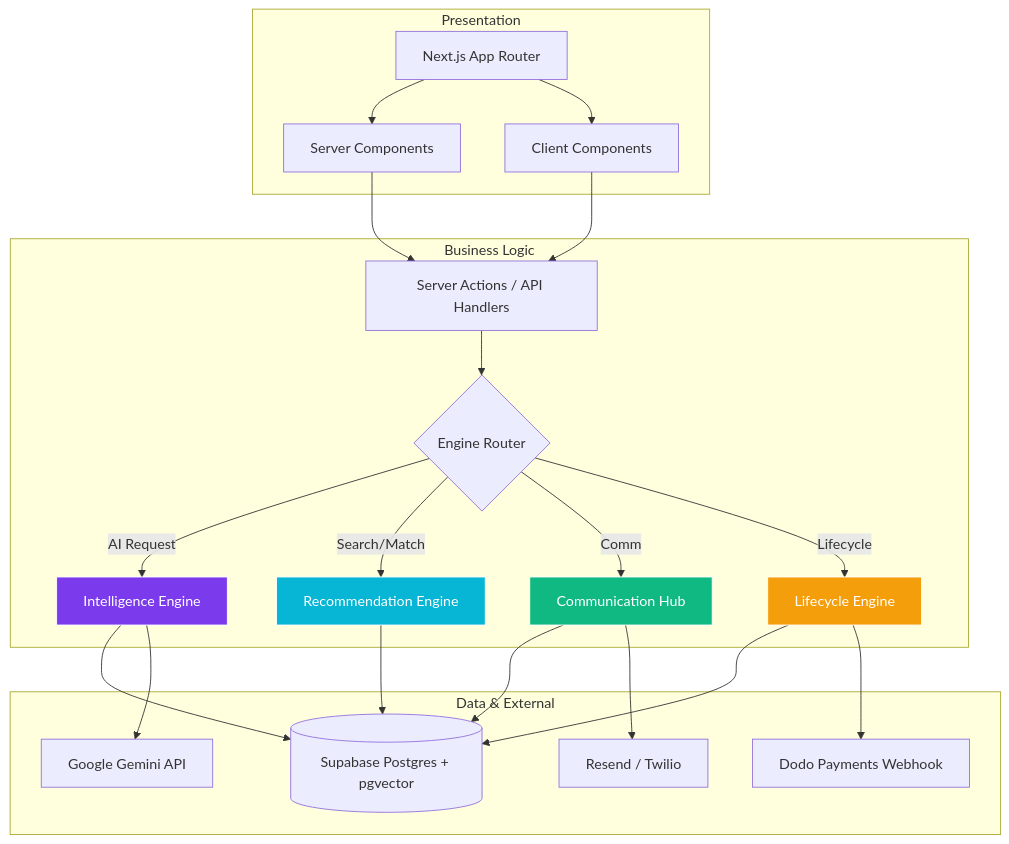
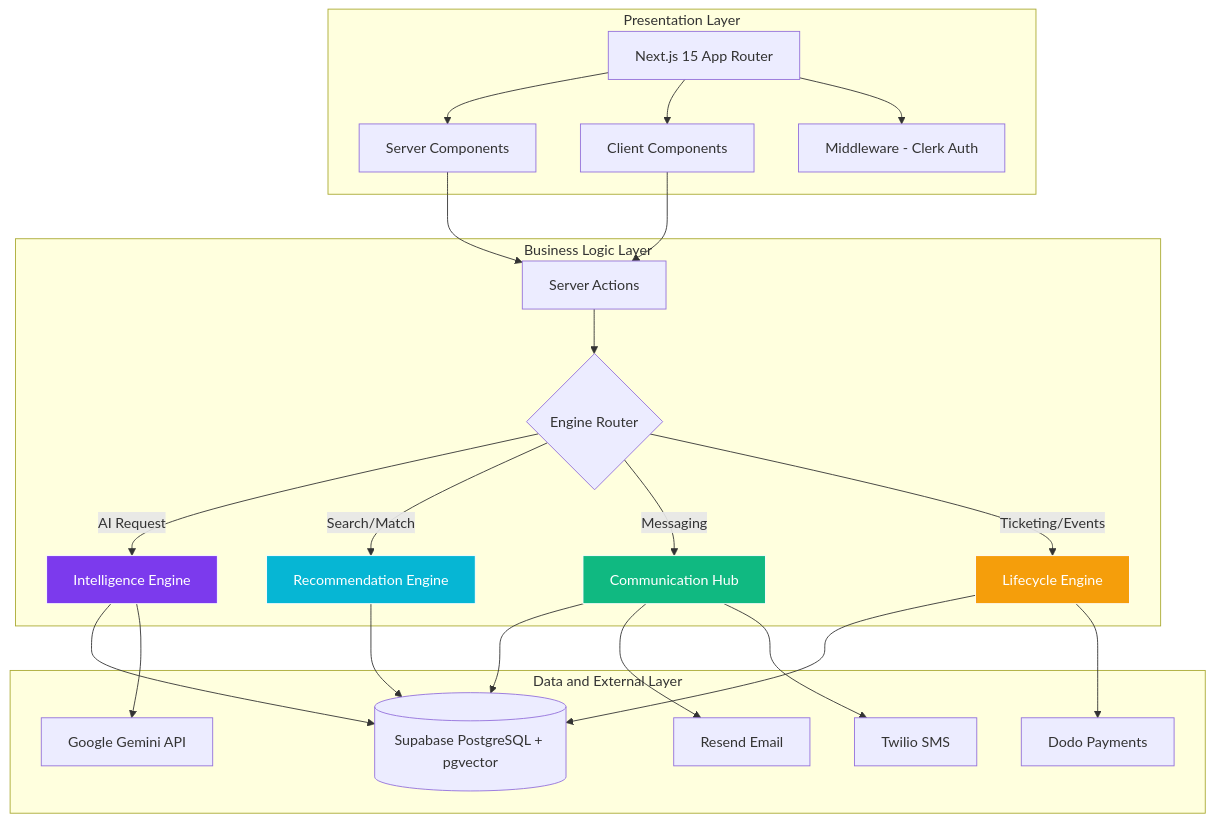
Before and after one commit to ArrinPaul/Eventra: the first of 8 diagrams in README.md, drawn with Mermaid. The commit also changed other lines of this file and 3 other files, not shown here.

Commit message:
feat: enhance health check API to include database status and latency metrics fix: update session secret retrieval logic to prioritize SESSION_SECRET in production fix: improve entry code generation to use cryptographically secure random integers

````diff
--- a/README.md
+++ b/README.md
@@ -22,28 +44,34 @@
 ```mermaid
 graph TD
-    subgraph Frontend_Layer [Presentation]
-        A[Next.js App Router] --> B[Server Components]
-        A --> C[Client Components]
+    subgraph Presentation["Presentation Layer"]
+        A["Next.js 15 App Router"] --> B["Server Components"]
+        A --> C["Client Components"]
+        A --> D["Middleware - Clerk Auth"]
     end
 
-    subgraph Service_Orchestration [Business Logic]
-        B & C --> D[Server Actions / API Handlers]
-        D --> E{Engine Router}
-        E -->|AI Request| F[Intelligence Engine]
-        E -->|Search/Match| G[Recommendation Engine]
-        E -->|Comm| H[Communication Hub]
-        E -->|Lifecycle| I[Lifecycle Engine]
+    subgraph BusinessLogic["Business Logic Layer"]
+        B --> E["Server Actions"]
+        C --> E
+        E --> F{"Engine Router"}
+        F -->|AI Request| G["Intelligence Engine"]
+        F -->|Search/Match| H["Recommendation Engine"]
+        F -->|Messaging| I["Communication Hub"]
+        F -->|Ticketing/Events| J["Lifecycle Engine"]
     end
 
-    subgraph Persistence_Layer [Data & External]
-        F & G & H & I --> J[(Supabase Postgres + pgvector)]
-        F --> K[Google Gemini API]
-        H --> L[Resend / Twilio]
-        I --> M[Dodo Payments Webhook]
+    subgraph DataLayer["Data and External Layer"]
+        G --> K[("Supabase PostgreSQL + pgvector")]
+        H --> K
+        I --> K
+        J --> K
+        G --> L["Google Gemini API"]
+        I --> M["Resend Email"]
+        I --> N["Twilio SMS"]
+        J --> O["Dodo Payments"]
     end
 
-    style F fill:#7C3AED,stroke:#fff,color:#fff
-    style G fill:#06B6D4,stroke:#fff,color:#fff
-    style H fill:#10B981,stroke:#fff,color:#fff
-    style I fill:#F59E0B,stroke:#fff,color:#fff
+    style G fill:#7C3AED,stroke:#fff,color:#fff
+    style H fill:#06B6D4,stroke:#fff,color:#fff
+    style I fill:#10B981,stroke:#fff,color:#fff
+    style J fill:#F59E0B,stroke:#fff,color:#fff
 ```
````
